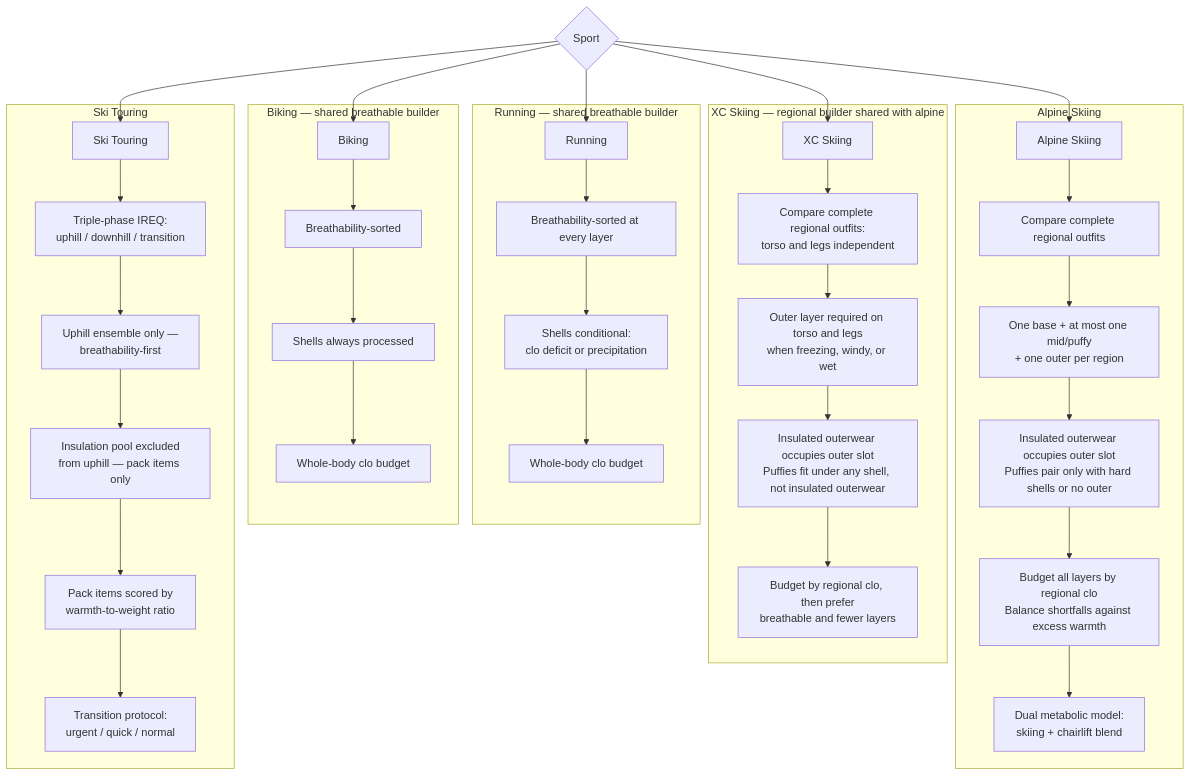
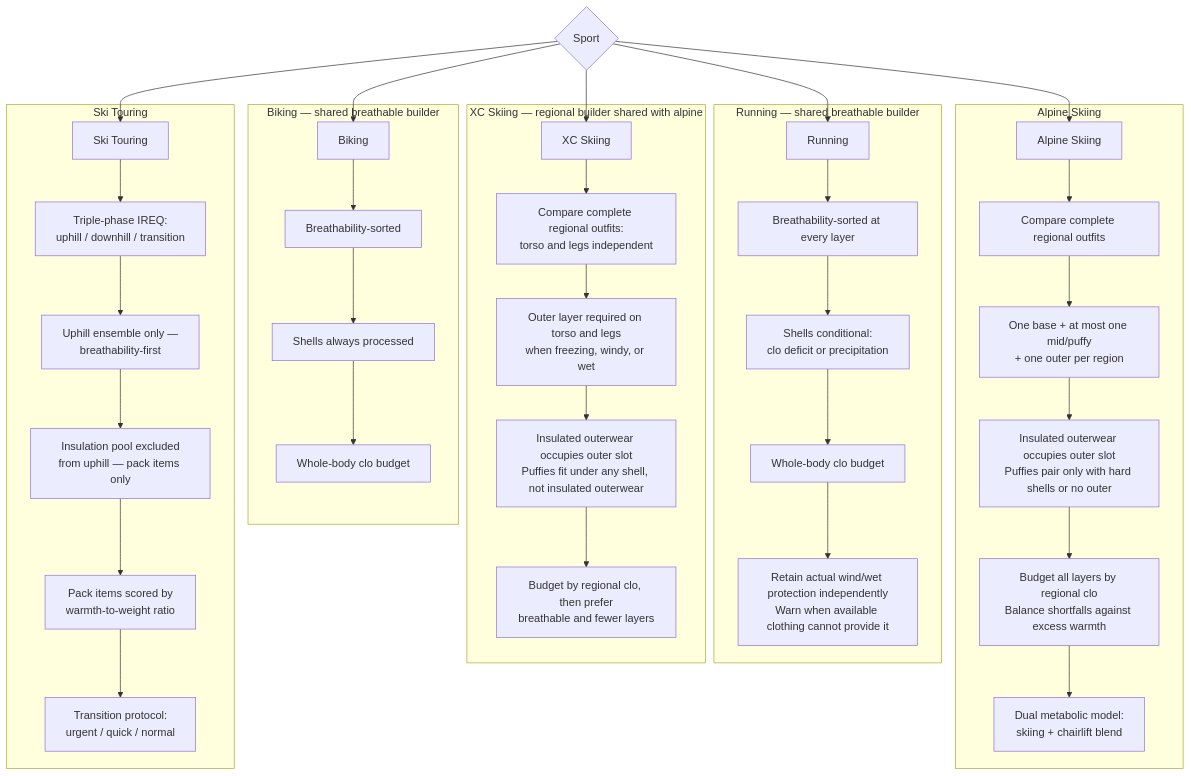
One commit to derobertsw/swttr changed the fourth of 7 diagrams in README.md. Above: the diagram before and after it, drawn with Mermaid. The commit also changed other lines of this file and 34 other files, not shown here.

````diff
--- a/README.md
+++ b/README.md
@@ -171,43 +174,44 @@
 ```mermaid
 graph TD
     SPORT{Sport} --> RUN[Running]
     SPORT --> BIKE[Biking]
     SPORT --> ALP[Alpine Skiing]
     SPORT --> XC[XC Skiing]
     SPORT --> TOUR[Ski Touring]
 
     subgraph "Running — shared breathable builder"
         RUN --> R1[Breathability-sorted at every layer]
         R1 --> R2[Shells conditional:<br/>clo deficit or precipitation]
         R2 --> R3[Whole-body clo budget]
+        R3 --> R4[Retain actual wind/wet protection independently<br/>Warn when available clothing cannot provide it]
     end
 
     subgraph "Biking — shared breathable builder"
         BIKE --> B1[Breathability-sorted]
         B1 --> B2[Shells always processed]
         B2 --> B3[Whole-body clo budget]
     end
 
     subgraph "Alpine Skiing"
         ALP --> A1[Compare complete regional outfits]
         A1 --> A2[One base + at most one mid/puffy<br/>+ one outer per region]
         A2 --> A3[Insulated outerwear occupies outer slot<br/>Puffies pair only with hard shells or no outer]
         A3 --> A4[Budget all layers by regional clo<br/>Balance shortfalls against excess warmth]
         A4 --> A5[Dual metabolic model:<br/>skiing + chairlift blend]
     end
 
     subgraph "XC Skiing — regional builder shared with alpine"
         XC --> X1[Compare complete regional outfits:<br/>torso and legs independent]
         X1 --> X2[Outer layer required on torso and legs<br/>when freezing, windy, or wet]
         X2 --> X3[Insulated outerwear occupies outer slot<br/>Puffies fit under any shell, not insulated outerwear]
         X3 --> X4[Budget by regional clo, then prefer<br/>breathable and fewer layers]
     end
 
     subgraph "Ski Touring"
         TOUR --> T1a[Triple-phase IREQ:<br/>uphill / downhill / transition]
         T1a --> T2a[Uphill ensemble only —<br/>breathability-first]
         T2a --> T3a[Insulation pool excluded<br/>from uphill — pack items only]
         T3a --> T4a[Pack items scored by<br/>warmth-to-weight ratio]
         T4a --> T5a[Transition protocol:<br/>urgent / quick / normal]
     end
 ```
````
